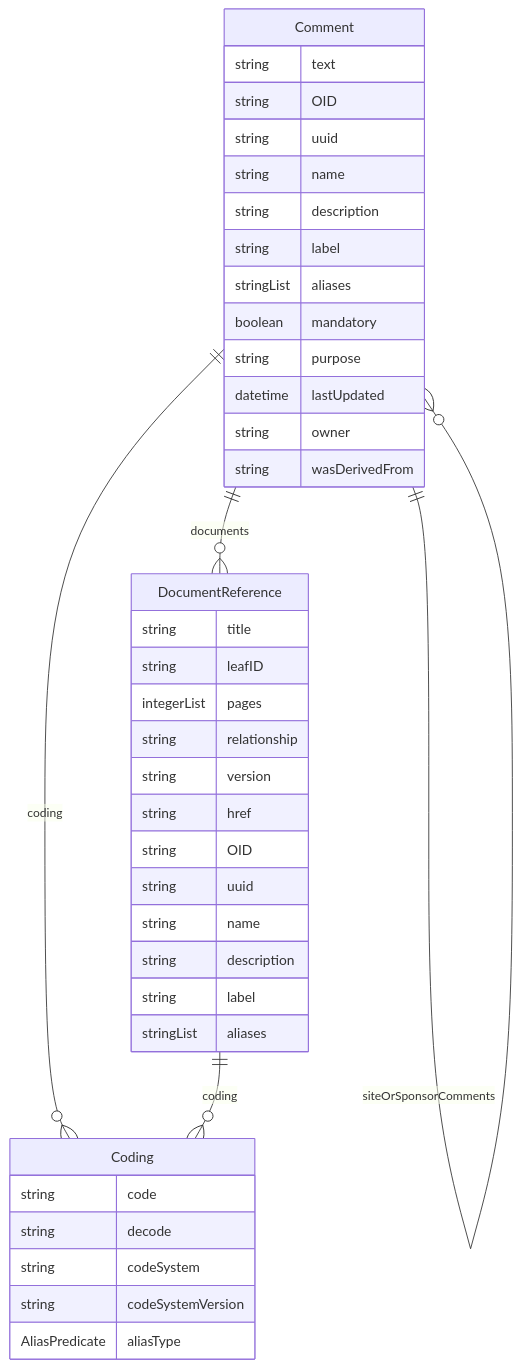
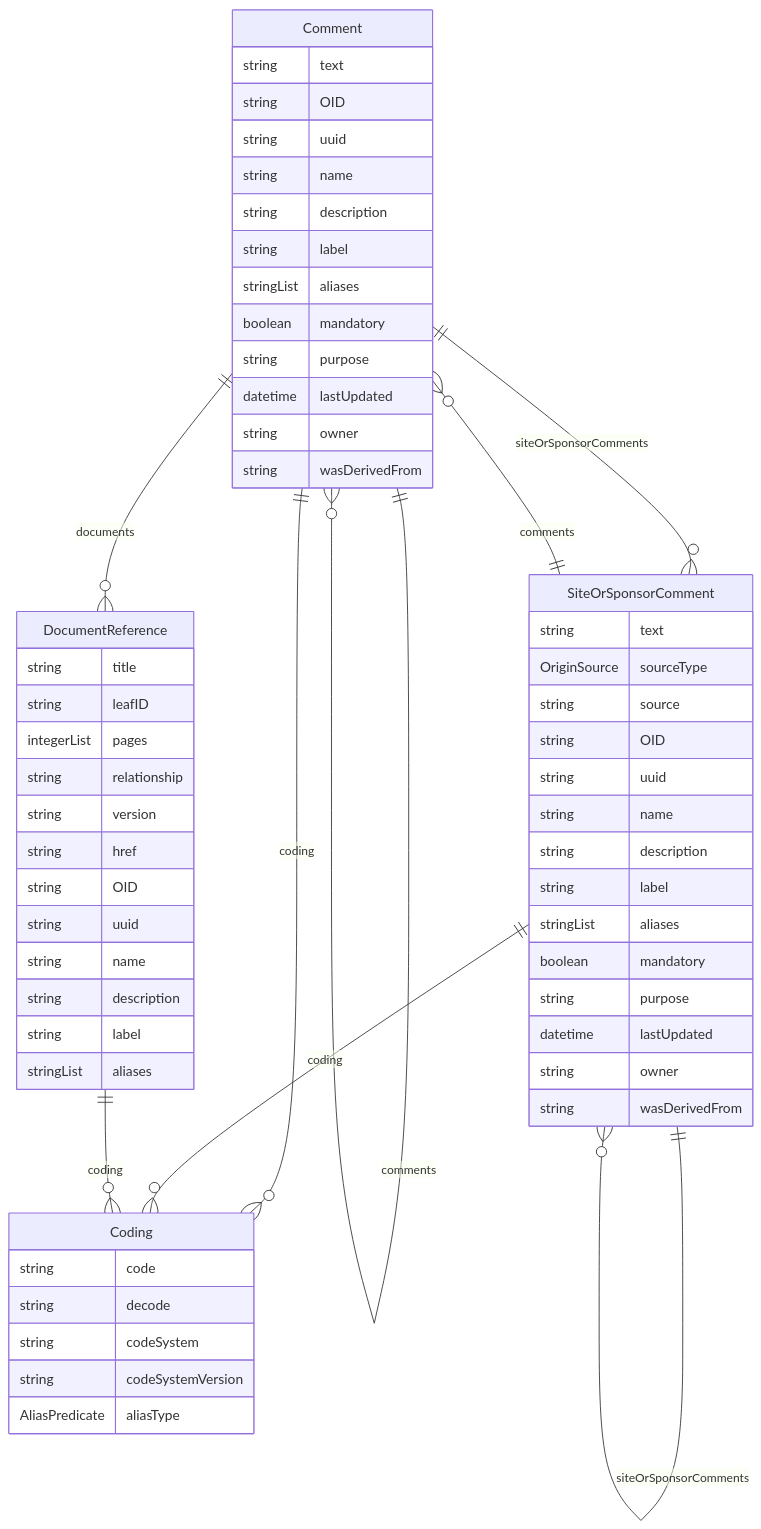
Before and after one commit to TeMeta/define-json: the diagram in docs/classes/Comment.md, drawn with Mermaid. The commit also changed other lines of this file and 98 other files, not shown here.

````diff
--- a/docs/classes/Comment.md
+++ b/docs/classes/Comment.md
@@ -16,45 +16,64 @@
 ```mermaid
 erDiagram
 Comment {
     string text  
+    string OID  
+    string uuid  
+    string name  
+    string description  
+    string label  
+    stringList aliases  
+    boolean mandatory  
+    string purpose  
+    datetime lastUpdated  
+    string owner  
+    string wasDerivedFrom  
+}
+SiteOrSponsorComment {
+    string text  
+    OriginSource sourceType  
+    string source  
     string OID  
     string uuid  
     string name  
     string description  
     string label  
     stringList aliases  
     boolean mandatory  
     string purpose  
     datetime lastUpdated  
     string owner  
     string wasDerivedFrom  
 }
 Coding {
     string code  
     string decode  
     string codeSystem  
     string codeSystemVersion  
     AliasPredicate aliasType  
 }
 DocumentReference {
     string title  
     string leafID  
     integerList pages  
     string relationship  
     string version  
     string href  
     string OID  
     string uuid  
     string name  
     string description  
     string label  
     stringList aliases  
 }
 
 Comment ||--}o DocumentReference : "documents"
 Comment ||--}o Coding : "coding"
 Comment ||--}o Comment : "comments"
-Comment ||--}o Comment : "siteOrSponsorComments"
+Comment ||--}o SiteOrSponsorComment : "siteOrSponsorComments"
+SiteOrSponsorComment ||--}o Coding : "coding"
+SiteOrSponsorComment ||--}o Comment : "comments"
+SiteOrSponsorComment ||--}o SiteOrSponsorComment : "siteOrSponsorComments"
 DocumentReference ||--}o Coding : "coding"
 
 ```
````
